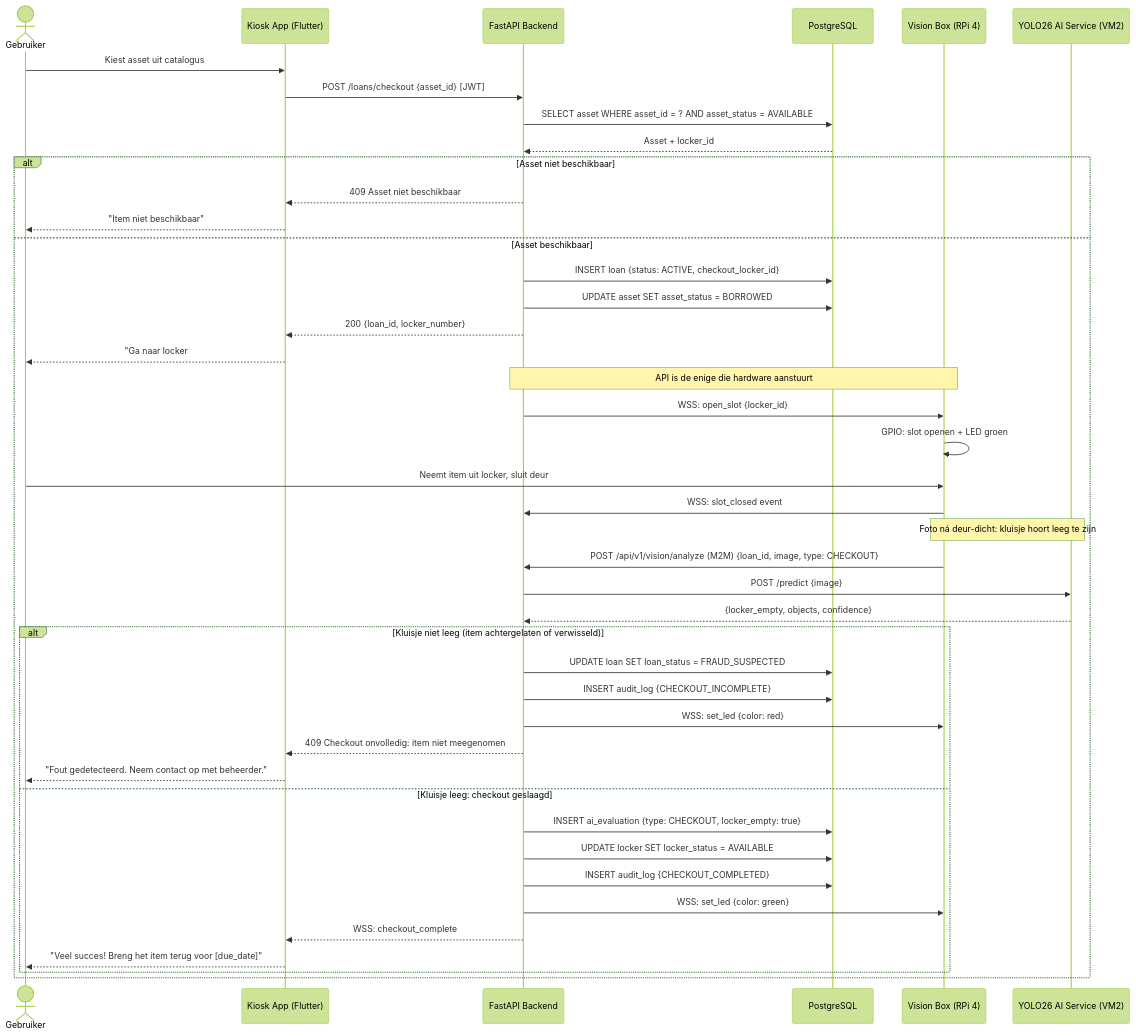
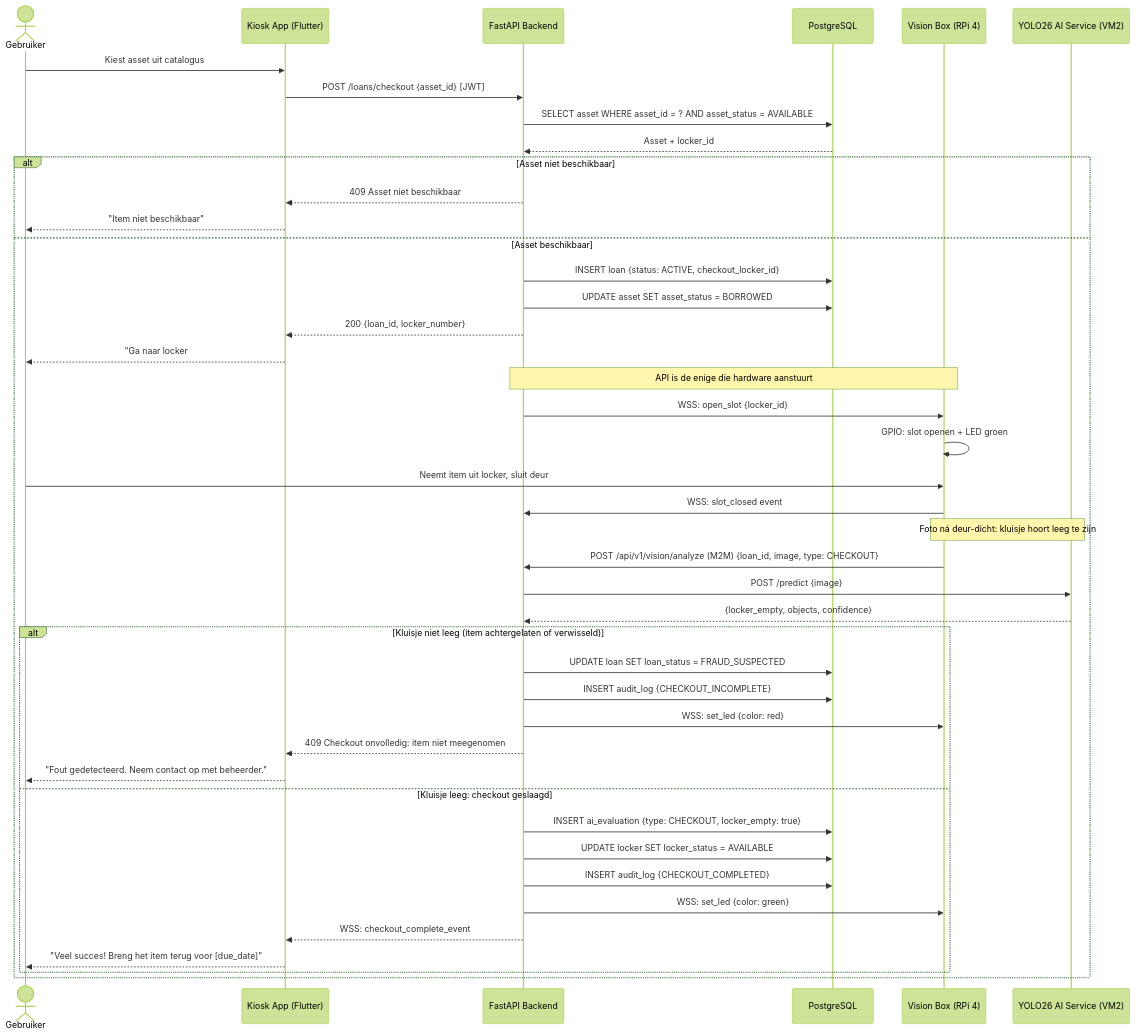
One commit to easylend-practice-enterprise/easylend changed the second of 4 diagrams in docs/workflows.md. Above: the diagram before and after it, drawn with Mermaid (forest theme). The commit also changed other lines of this file and 6 other files, not shown here.

````diff
--- a/docs/workflows.md
+++ b/docs/workflows.md
@@ -68,51 +68,51 @@
 ```mermaid
 sequenceDiagram
     actor User as Gebruiker
     participant App as Kiosk App (Flutter)
     participant API as FastAPI Backend
     participant DB as PostgreSQL
     participant VB as Vision Box (RPi 4)
     participant AI as YOLO26 AI Service (VM2)
 
     User->>App: Kiest asset uit catalogus
     App->>API: POST /loans/checkout {asset_id} [JWT]
     API->>DB: SELECT asset WHERE asset_id = ? AND asset_status = AVAILABLE
     DB-->>API: Asset + locker_id
 
     alt Asset niet beschikbaar
         API-->>App: 409 Asset niet beschikbaar
         App-->>User: "Item niet beschikbaar"
     else Asset beschikbaar
         API->>DB: INSERT loan {status: ACTIVE, checkout_locker_id}
         API->>DB: UPDATE asset SET asset_status = BORROWED
         API-->>App: 200 {loan_id, locker_number}
         App-->>User: "Ga naar locker #N"
 
         Note over API,VB: API is de enige die hardware aanstuurt
         API->>VB: WSS: open_slot {locker_id}
         VB->>VB: GPIO: slot openen + LED groen
 
         User->>VB: Neemt item uit locker, sluit deur
         VB->>API: WSS: slot_closed event
 
         Note over VB,AI: Foto ná deur-dicht: kluisje hoort leeg te zijn
         VB->>API: POST /api/v1/vision/analyze (M2M) {loan_id, image, type: CHECKOUT}
         API->>AI: POST /predict {image}
         AI-->>API: {locker_empty, objects, confidence}
 
         alt Kluisje niet leeg (item achtergelaten of verwisseld)
             API->>DB: UPDATE loan SET loan_status = FRAUD_SUSPECTED
             API->>DB: INSERT audit_log {CHECKOUT_INCOMPLETE}
             API->>VB: WSS: set_led {color: red}
             API-->>App: 409 Checkout onvolledig: item niet meegenomen
             App-->>User: "Fout gedetecteerd. Neem contact op met beheerder."
         else Kluisje leeg: checkout geslaagd
             API->>DB: INSERT ai_evaluation {type: CHECKOUT, locker_empty: true}
             API->>DB: UPDATE locker SET locker_status = AVAILABLE
             API->>DB: INSERT audit_log {CHECKOUT_COMPLETED}
             API->>VB: WSS: set_led {color: green}
-            API-->>App: WSS: checkout_complete
+            API-->>App: WSS: checkout_complete_event
             App-->>User: "Veel succes! Breng het item terug voor [due_date]"
         end
     end
 ```
````
